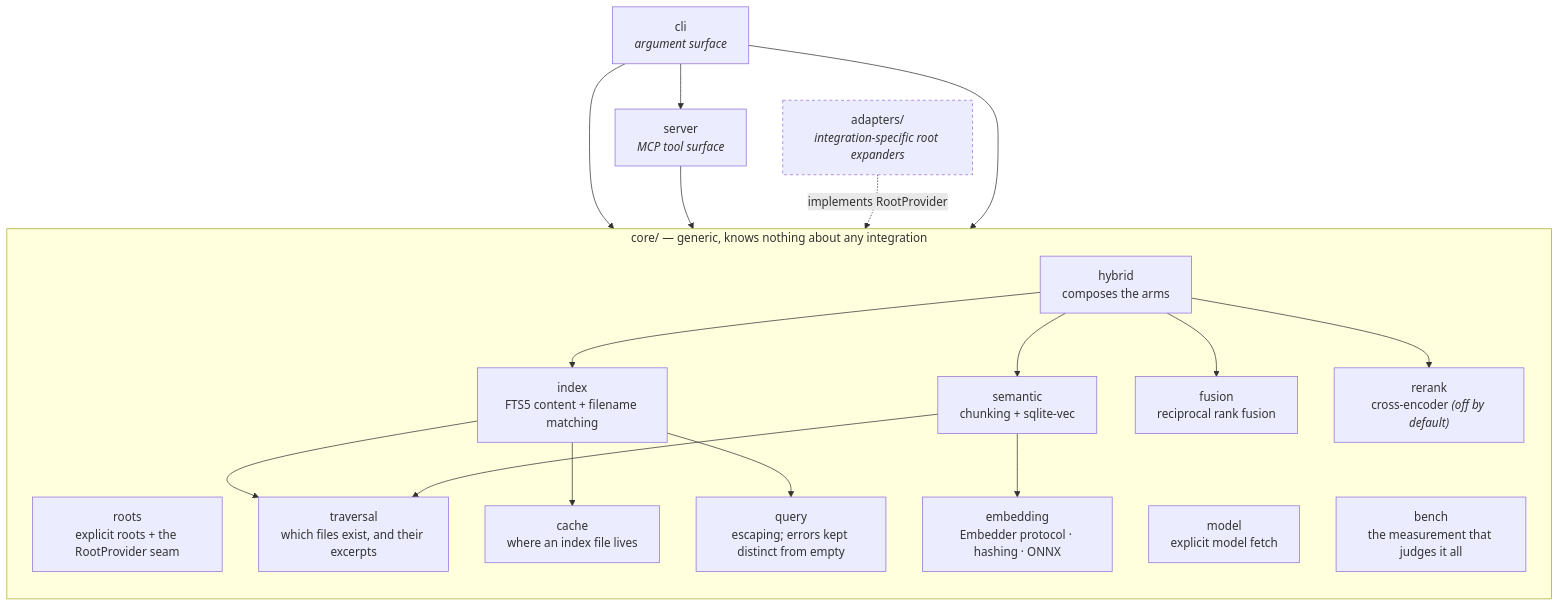
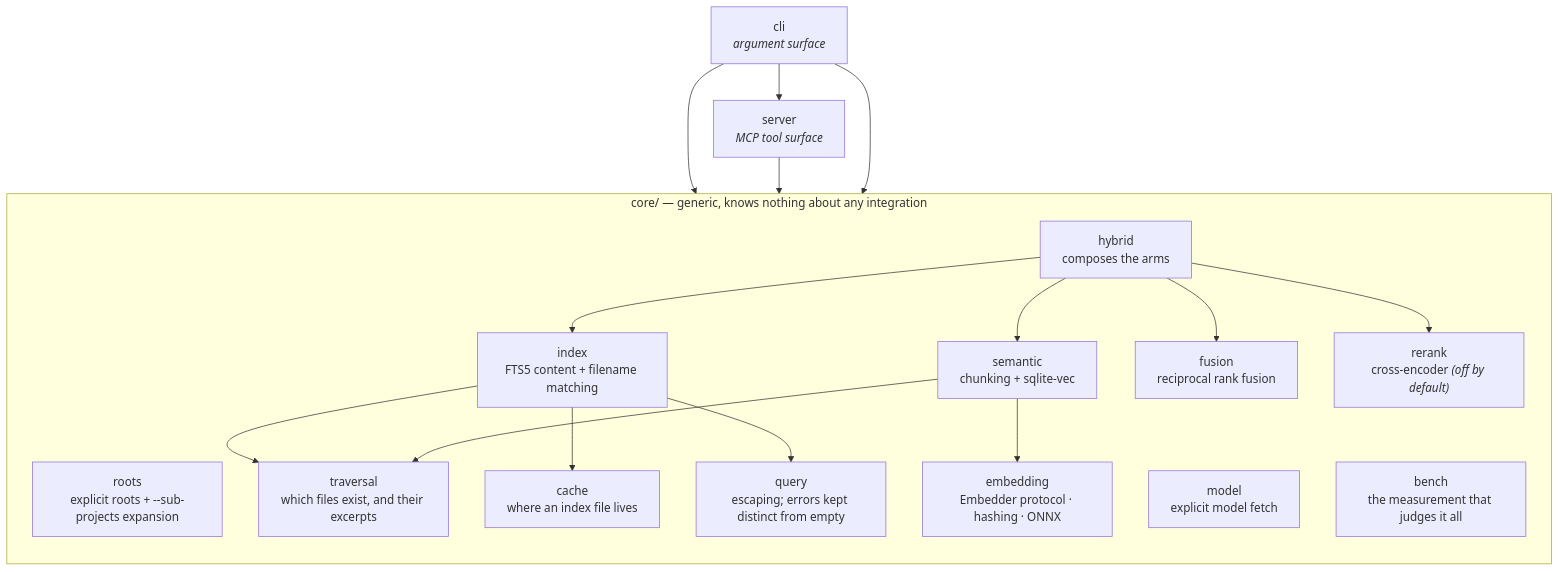
One commit to mohamed-rekiba/forge-search changed the second of 3 diagrams in docs/architecture.md. Above: the diagram before and after it, drawn with Mermaid. The commit also changed other lines of this file and 15 other files, not shown here.

First line of the commit message:
refactor(#45)!: replace the apexyard root adapter with --sub-projects (#46)

````diff
--- a/docs/architecture.md
+++ b/docs/architecture.md
@@ -42,40 +42,35 @@
 ```mermaid
 flowchart TD
     cli["cli<br/><i>argument surface</i>"]
     server["server<br/><i>MCP tool surface</i>"]
 
     subgraph core["core/ — generic, knows nothing about any integration"]
         direction TB
-        roots["roots<br/>explicit roots + the RootProvider seam"]
+        roots["roots<br/>explicit roots + --sub-projects expansion"]
         traversal["traversal<br/>which files exist, and their excerpts"]
         cache["cache<br/>where an index file lives"]
         index["index<br/>FTS5 content + filename matching"]
         query["query<br/>escaping; errors kept distinct from empty"]
         embedding["embedding<br/>Embedder protocol · hashing · ONNX"]
         semantic["semantic<br/>chunking + sqlite-vec"]
         fusion["fusion<br/>reciprocal rank fusion"]
         rerank["rerank<br/>cross-encoder <i>(off by default)</i>"]
         hybrid["hybrid<br/>composes the arms"]
         model["model<br/>explicit model fetch"]
         bench["bench<br/>the measurement that judges it all"]
     end
 
-    adapters["adapters/<br/><i>integration-specific root expanders</i>"]
-
     cli --> server
     cli --> hybrid
     server --> hybrid
     hybrid --> index
     hybrid --> semantic
     hybrid --> fusion
     hybrid --> rerank
     index --> traversal
     index --> cache
     index --> query
     semantic --> embedding
     semantic --> traversal
-    adapters -.->|"implements RootProvider"| roots
     cli --> roots
-
-    style adapters stroke-dasharray: 4 4
 ```
````
